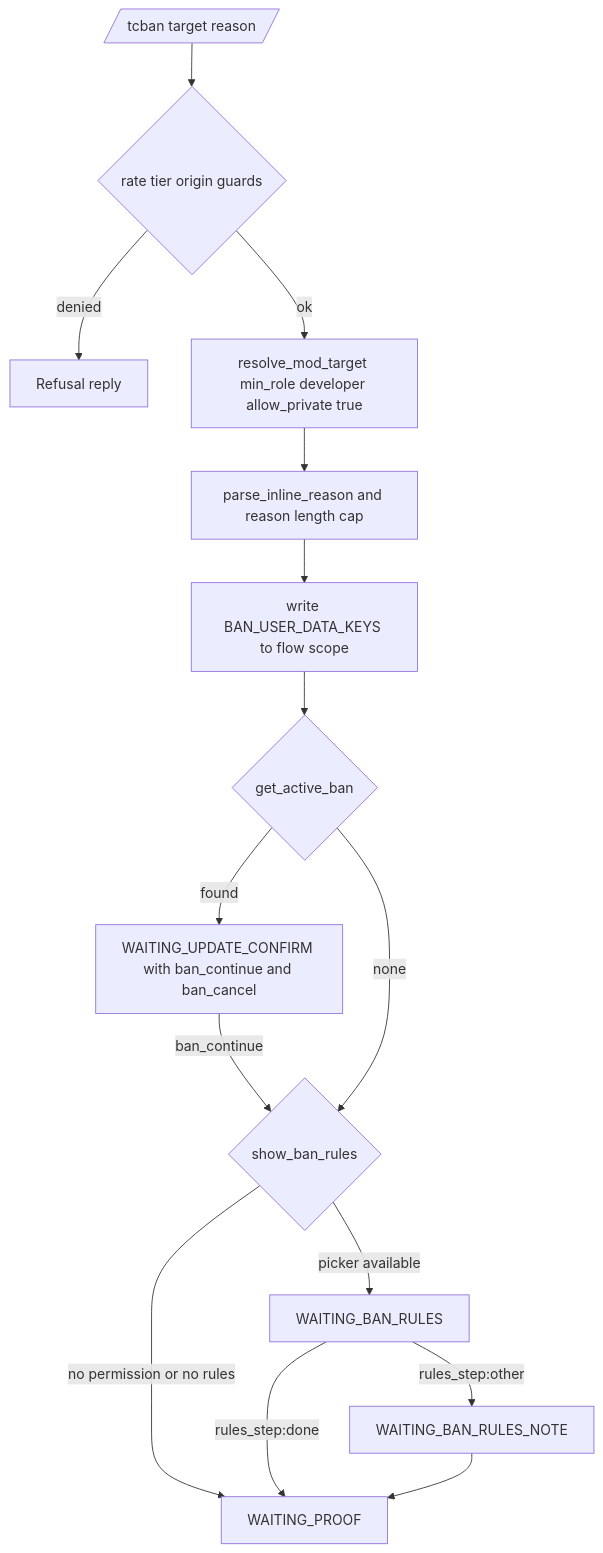
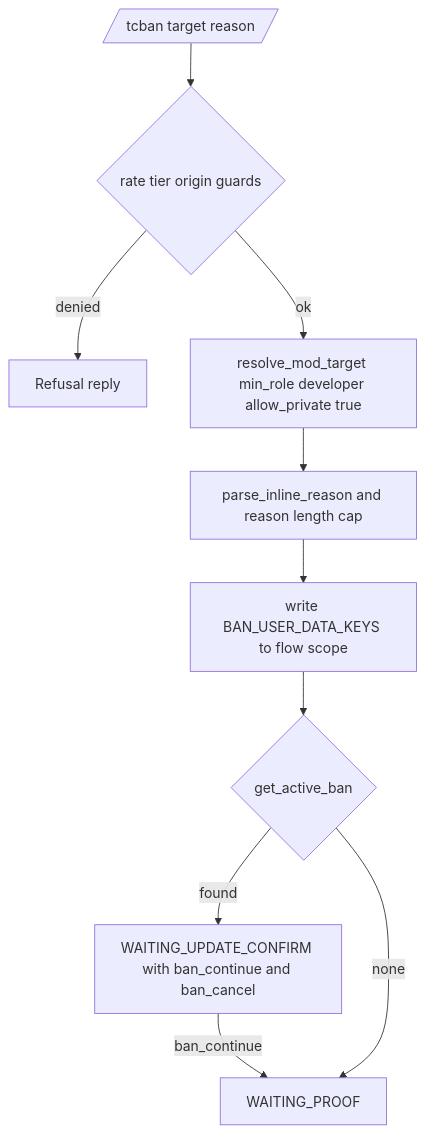
One commit to D1ZZY4/tcbot changed the second of 6 diagrams in docs/flows/banning.md. Above: the diagram before and after it, drawn with Mermaid. The commit also changed other lines of this file and 62 other files, not shown here.

````diff
--- a/docs/flows/banning.md
+++ b/docs/flows/banning.md
@@ -91,17 +77,12 @@
 ```mermaid
 flowchart TD
     CMD[/tcban target reason/] --> G{rate tier origin guards}
     G -->|denied| REFUSE[Refusal reply]
     G -->|ok| RESOLVE[resolve_mod_target min_role developer allow_private true]
     RESOLVE --> REASON[parse_inline_reason and reason length cap]
     REASON --> SAVE[write BAN_USER_DATA_KEYS to flow scope]
     SAVE --> OLD{get_active_ban}
     OLD -->|found| CONF[WAITING_UPDATE_CONFIRM with ban_continue and ban_cancel]
-    CONF -->|ban_continue| RULES{show_ban_rules}
-    OLD -->|none| RULES
-    RULES -->|picker available| PICK[WAITING_BAN_RULES]
-    RULES -->|no permission or no rules| PROOF[WAITING_PROOF]
-    PICK -->|rules_step:done| PROOF
-    PICK -->|rules_step:other| NOTE[WAITING_BAN_RULES_NOTE]
-    NOTE --> PROOF
+    CONF -->|ban_continue| PROOF[WAITING_PROOF]
+    OLD -->|none| PROOF
 ```
````
